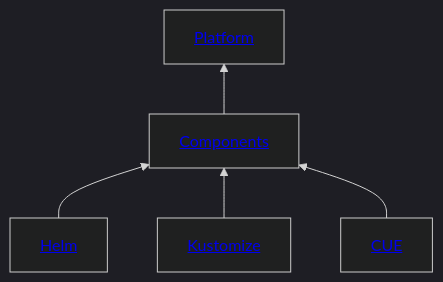
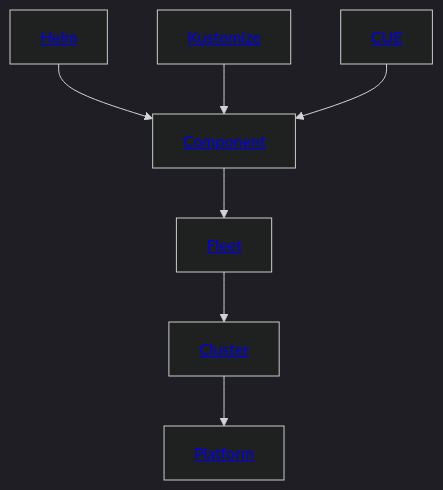
The first of 2 diagrams in doc/md/concepts.md (holos-run/holos), drawn with Mermaid (dark theme) before and after one commit. The commit also changed other lines of this file, not shown here.

Commit message:
concepts: add fleet and cluster

````diff
--- a/doc/md/concepts.md
+++ b/doc/md/concepts.md
@@ -27,13 +29,17 @@
 ```mermaid
-graph BT
+graph TB
     Platform[<a href="#platform">Platform</a>]
-    Component[<a href="#component">Components</a>]
+    Cluster[<a href="#cluster">Cluster</a>]
+    Fleet[<a href="#fleet">Fleet</a>]
+    Component[<a href="#component">Component</a>]
     Helm[<a href="#component">Helm</a>]
     Kustomize[<a href="#component">Kustomize</a>]
     CUE[<a href="#component">CUE</a>]
 
-    Component --> Platform
+    Cluster --> Platform
+    Fleet --> Cluster
+    Component --> Fleet
     Helm --> Component
     Kustomize --> Component
     CUE --> Component
 ```
````
